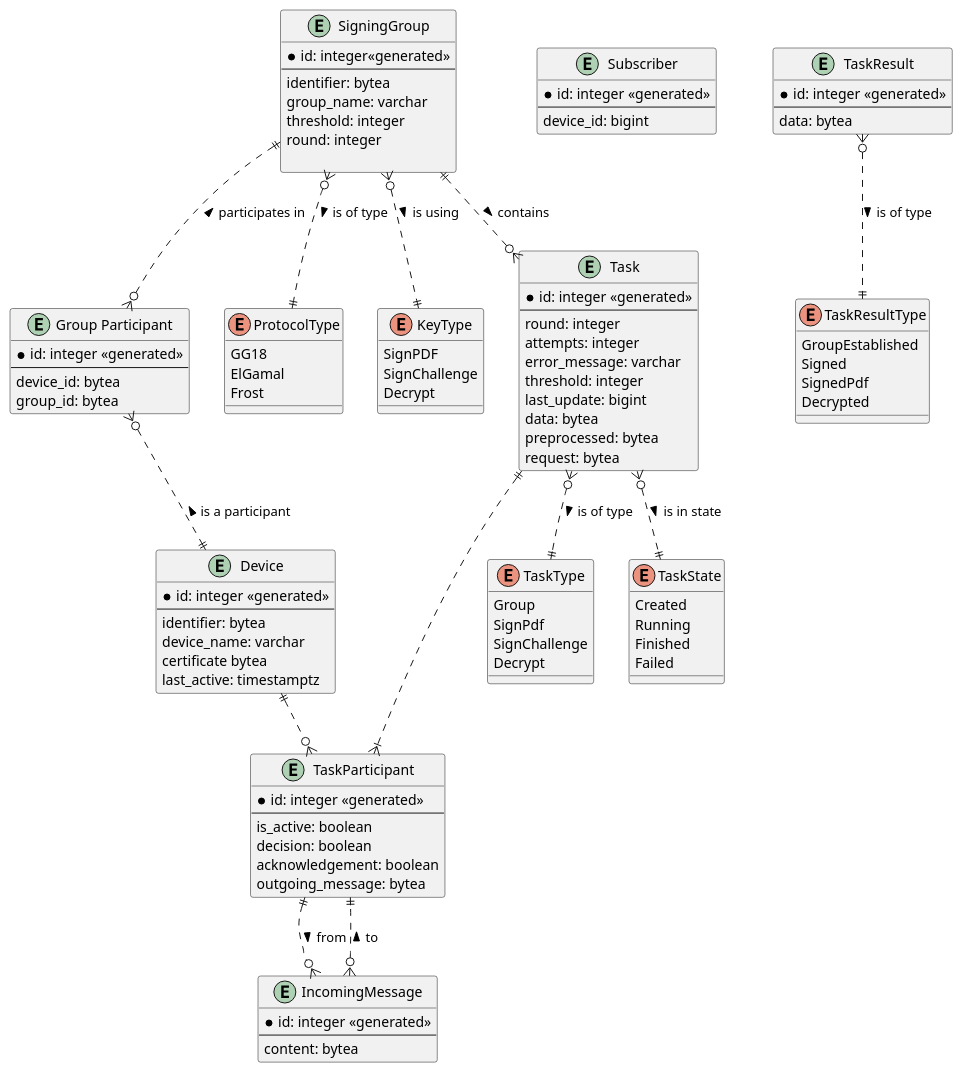
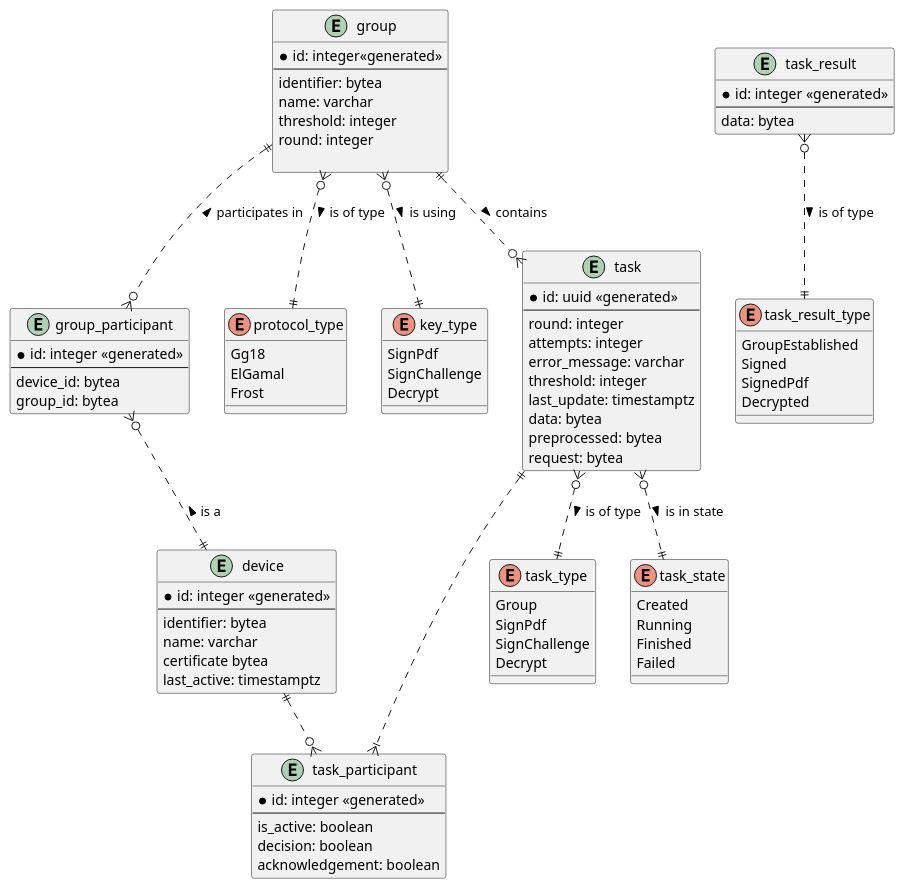
Before and after one commit to crocs-muni/meesign-server: the diagram in docs/diagrams/meesign-erd.plantuml, drawn with PlantUML. The commit also changed 1 other file, not shown here.

Commit message:
docs: update ERD

```diff
--- a/docs/diagrams/meesign-erd.plantuml
+++ b/docs/diagrams/meesign-erd.plantuml
@@ -1,116 +1,101 @@
 @startuml meesign-erd
 
-entity "Device" as device {
+entity "device" as device {
     * id: integer <<generated>>
     --
     identifier: bytea
-    device_name: varchar
+    name: varchar
     certificate bytea
     last_active: timestamptz
 }
 
-entity "Subscriber" as subscriber {
-    * id: integer <<generated>>
-    --
-    device_id: bigint
-}
-entity "Group Participant" as group_participant {
+entity "group_participant" as group_participant {
     * id: integer <<generated>>
     --
     device_id: bytea
     group_id: bytea
 }
 
-entity "SigningGroup" as group {
+entity "group" as group {
     * id: integer<<generated>>
     --
     identifier: bytea
-    group_name: varchar
+    name: varchar
     threshold: integer
     round: integer
 
 }
 
-enum "ProtocolType" as protocol_type {
-    GG18
+enum "protocol_type" as protocol_type {
+    Gg18
     ElGamal
     Frost
 }
 
-enum "KeyType" as key_type {
-    SignPDF
+enum "key_type" as key_type {
+    SignPdf
     SignChallenge
     Decrypt
 }
 
 
-
-entity "Task" as task {
-    * id: integer <<generated>>
+entity "task" as task {
+    * id: uuid <<generated>>
     --
     round: integer
     attempts: integer
     error_message: varchar
     threshold: integer
-    last_update: bigint
+    last_update: timestamptz
     data: bytea
     preprocessed: bytea
     request: bytea
 }
 
-entity "TaskParticipant" as task_participant{
+entity "task_participant" as task_participant{
     * id: integer <<generated>>
     --
     is_active: boolean
     decision: boolean
     acknowledgement: boolean
-    outgoing_message: bytea
 }
 
-entity "IncomingMessage" as incoming_message {
-    * id: integer <<generated>>
-    --
-    content: bytea
-}
 
-enum "TaskType" as task_type {
+enum "task_type" as task_type {
     Group
     SignPdf
     SignChallenge
     Decrypt
 }
 
-enum "TaskState" as stask_state {
+enum "task_state" as stask_state {
     Created
     Running
     Finished
     Failed
 }
 
-entity "TaskResult" as task_result {
+entity "task_result" as task_result {
     * id: integer <<generated>>
     --
     data: bytea
 }
 
-enum "TaskResultType" as task_result_type {
+enum "task_result_type" as task_result_type {
     GroupEstablished
     Signed
     SignedPdf
     Decrypted
 }
 
 group ||..o{ group_participant: < participates in
 group }o..|| key_type: is using >
-group_participant }o..|| device: < is a participant
+group_participant }o..|| device: < is a
 group }o..|| protocol_type: > is of type
 task }o..|| task_type: > is of type
 group ||..o{ task: > contains
 task }o..|| stask_state: > is in state
-' task_result }o..o| group : > group established
 task_result }o..|| task_result_type: > is of type
 task ||..|{ task_participant
 device ||..o{ task_participant
-task_participant ||..o{ incoming_message: > from
-incoming_message }o..|| task_participant : > to
 @enduml
```
